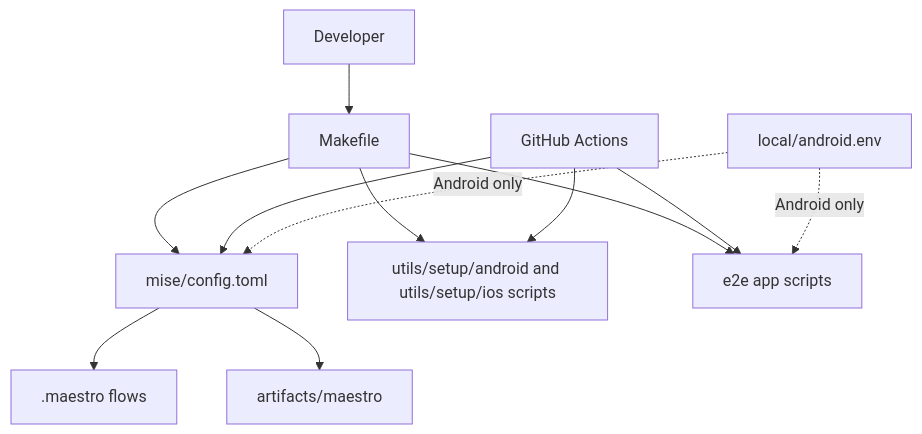
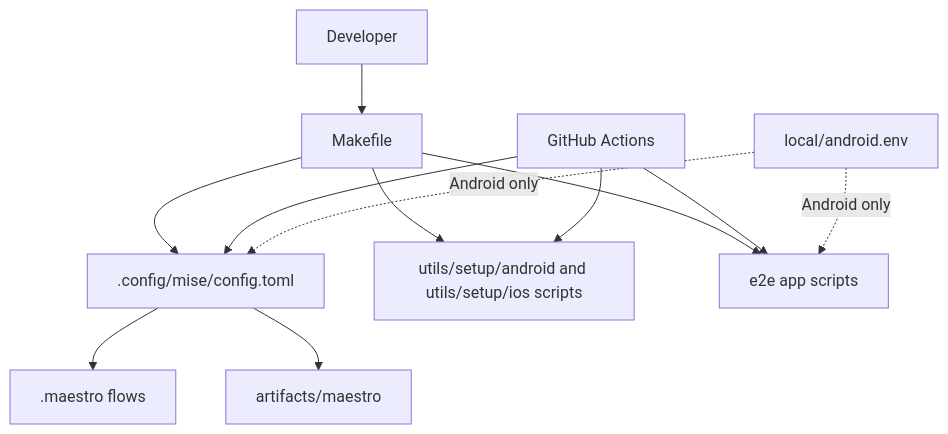
One commit to gkzz/maestro-playground changed the first of 6 diagrams in docs/ARCHITECTURE.md. Above: the diagram before and after it, drawn with Mermaid. The commit also changed other lines of this file and 8 other files, not shown here.

First line of the commit message:
chore: move mise config under .config (#17)

````diff
--- a/docs/ARCHITECTURE.md
+++ b/docs/ARCHITECTURE.md
@@ -16,28 +16,28 @@
 ```mermaid
 flowchart TB
   developer[Developer]
   ci[GitHub Actions]
 
   make[Makefile]
-  mise[mise/config.toml]
+  mise[.config/mise/config.toml]
   flows[.maestro flows]
   setup[utils/setup/android and utils/setup/ios scripts]
   local[local/android.env]
   apps[e2e app scripts]
   artifacts[artifacts/maestro]
 
   developer --> make
   make --> mise
   make --> setup
   make --> apps
 
   ci --> mise
   ci --> setup
   ci --> apps
 
   local -. Android only .-> mise
   local -. Android only .-> apps
 
   mise --> flows
   mise --> artifacts
 ```
````
